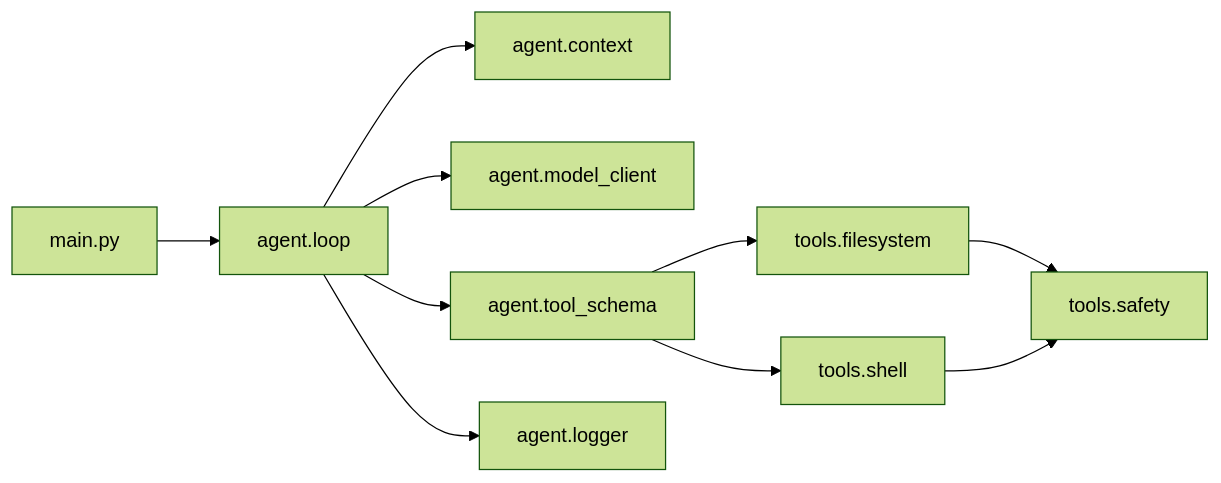
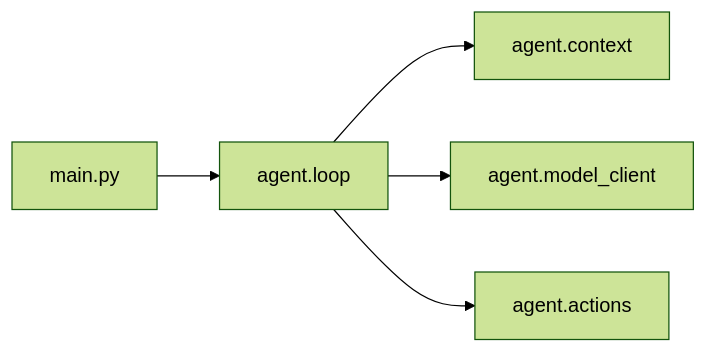
One commit to Konoha-Kai/nju_coding_agent changed the third of 3 diagrams in 开发文档/05_Harness架构图.md. Above: the diagram before and after it, drawn with Mermaid (forest theme). The commit also changed other lines of this file and 16 other files, not shown here.

````diff
--- a/开发文档/05_Harness架构图.md
+++ b/开发文档/05_Harness架构图.md
@@ -71,12 +62,7 @@
 ```mermaid
 graph LR
     main[main.py] --> loop[agent.loop]
     loop --> context[agent.context]
     loop --> model[agent.model_client]
-    loop --> schema[agent.tool_schema]
-    loop --> logger[agent.logger]
-    schema --> filesystem[tools.filesystem]
-    schema --> shell[tools.shell]
-    filesystem --> safety[tools.safety]
-    shell --> safety
+    loop --> actions[agent.actions]
 ```
````
